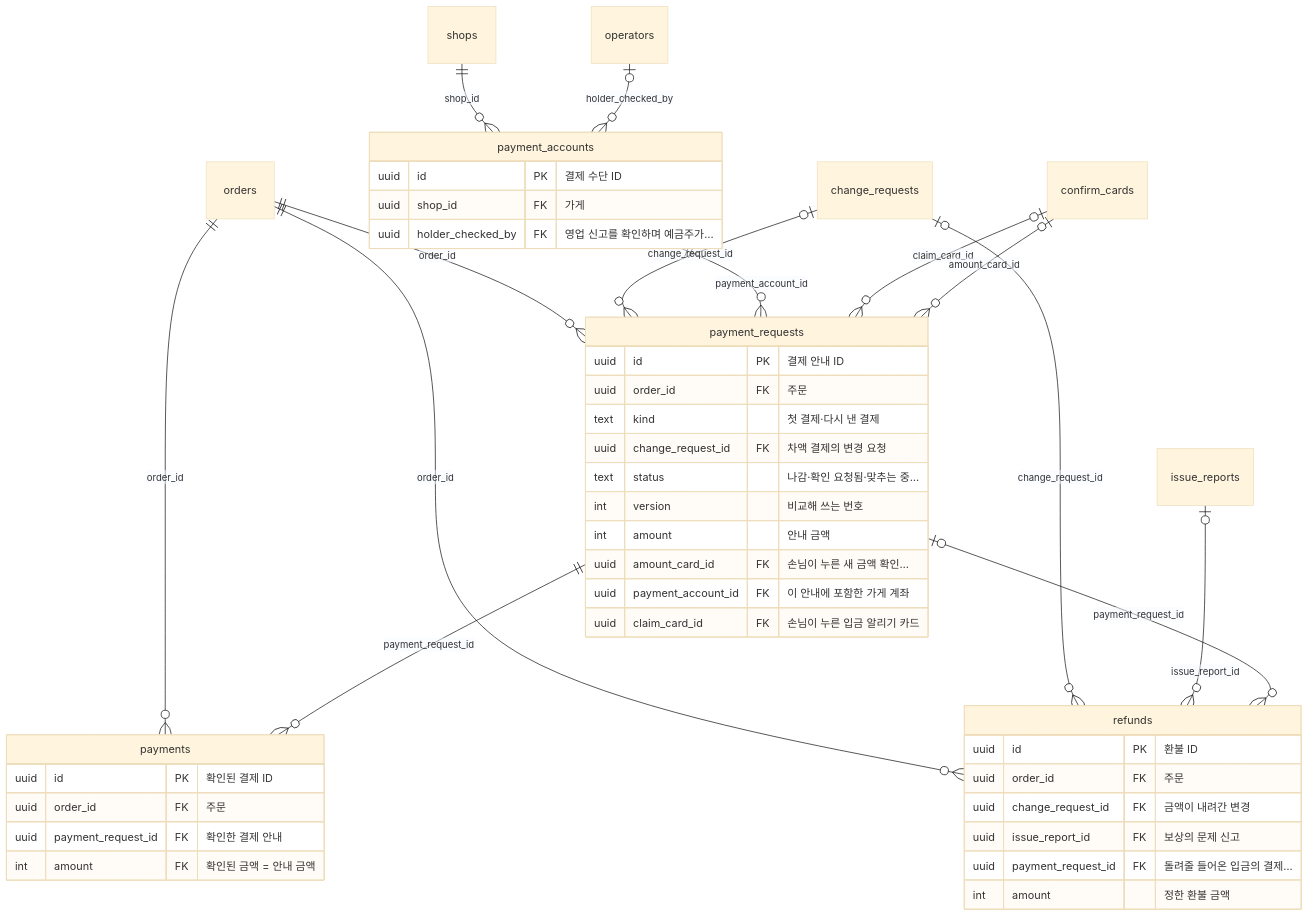
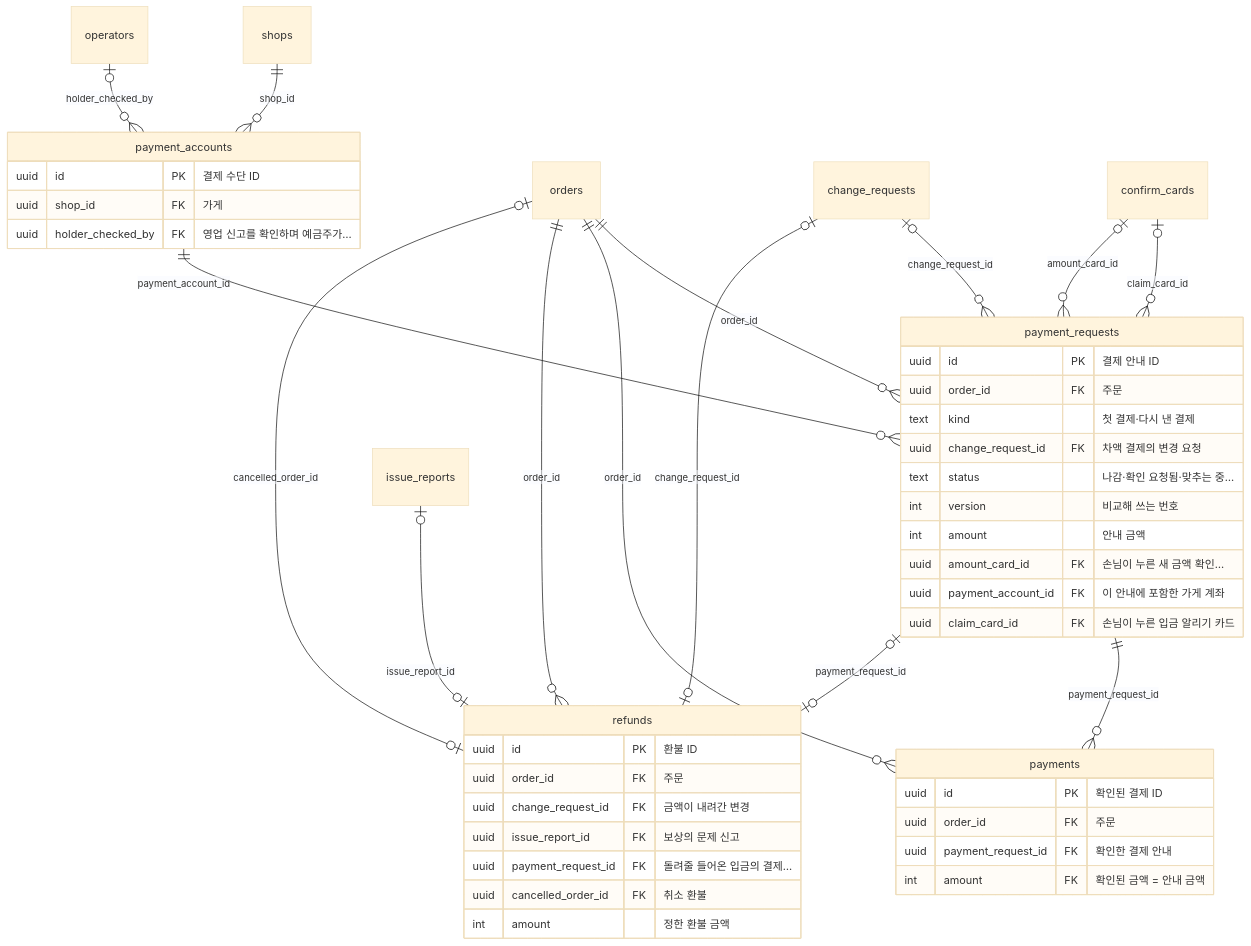
The fifth of 11 diagrams in docs/05-erd/README.md (kodonghui/siljang.ai), drawn with Mermaid (base theme) before and after one commit. The commit also changed other lines of this file and 21 other files, not shown here.

````diff
--- a/docs/05-erd/README.md
+++ b/docs/05-erd/README.md
@@ -428,47 +462,49 @@
 ```mermaid
 erDiagram
   payment_accounts {
     uuid id PK "결제 수단 ID"
     uuid shop_id FK "가게"
     uuid holder_checked_by FK "영업 신고를 확인하며 예금주가…"
   }
   payment_requests {
     uuid id PK "결제 안내 ID"
     uuid order_id FK "주문"
     text kind "첫 결제·다시 낸 결제"
     uuid change_request_id FK "차액 결제의 변경 요청"
     text status "나감·확인 요청됨·맞추는 중…"
     int version "비교해 쓰는 번호"
     int amount "안내 금액"
     uuid amount_card_id FK "손님이 누른 새 금액 확인…"
     uuid payment_account_id FK "이 안내에 포함한 가게 계좌"
     uuid claim_card_id FK "손님이 누른 입금 알리기 카드"
   }
   payments {
     uuid id PK "확인된 결제 ID"
     uuid order_id FK "주문"
     uuid payment_request_id FK "확인한 결제 안내"
     int amount FK "확인된 금액 = 안내 금액"
   }
   refunds {
     uuid id PK "환불 ID"
     uuid order_id FK "주문"
     uuid change_request_id FK "금액이 내려간 변경"
     uuid issue_report_id FK "보상의 문제 신고"
     uuid payment_request_id FK "돌려줄 들어온 입금의 결제…"
+    uuid cancelled_order_id FK "취소 환불"
     int amount "정한 환불 금액"
   }
   shops ||--o{ payment_accounts : "shop_id"
   operators |o--o{ payment_accounts : "holder_checked_by"
   orders ||--o{ payment_requests : "order_id"
   change_requests |o--o{ payment_requests : "change_request_id"
   payment_accounts ||--o{ payment_requests : "payment_account_id"
   confirm_cards |o--o{ payment_requests : "claim_card_id"
   confirm_cards |o--o{ payment_requests : "amount_card_id"
   orders ||--o{ payments : "order_id"
   payment_requests ||--o{ payments : "payment_request_id"
   orders ||--o{ refunds : "order_id"
-  change_requests |o--o{ refunds : "change_request_id"
-  issue_reports |o--o{ refunds : "issue_report_id"
-  payment_requests |o--o{ refunds : "payment_request_id"
+  change_requests |o--o| refunds : "change_request_id"
+  issue_reports |o--o| refunds : "issue_report_id"
+  payment_requests |o--o| refunds : "payment_request_id"
+  orders |o--o| refunds : "cancelled_order_id"
 ```
````
